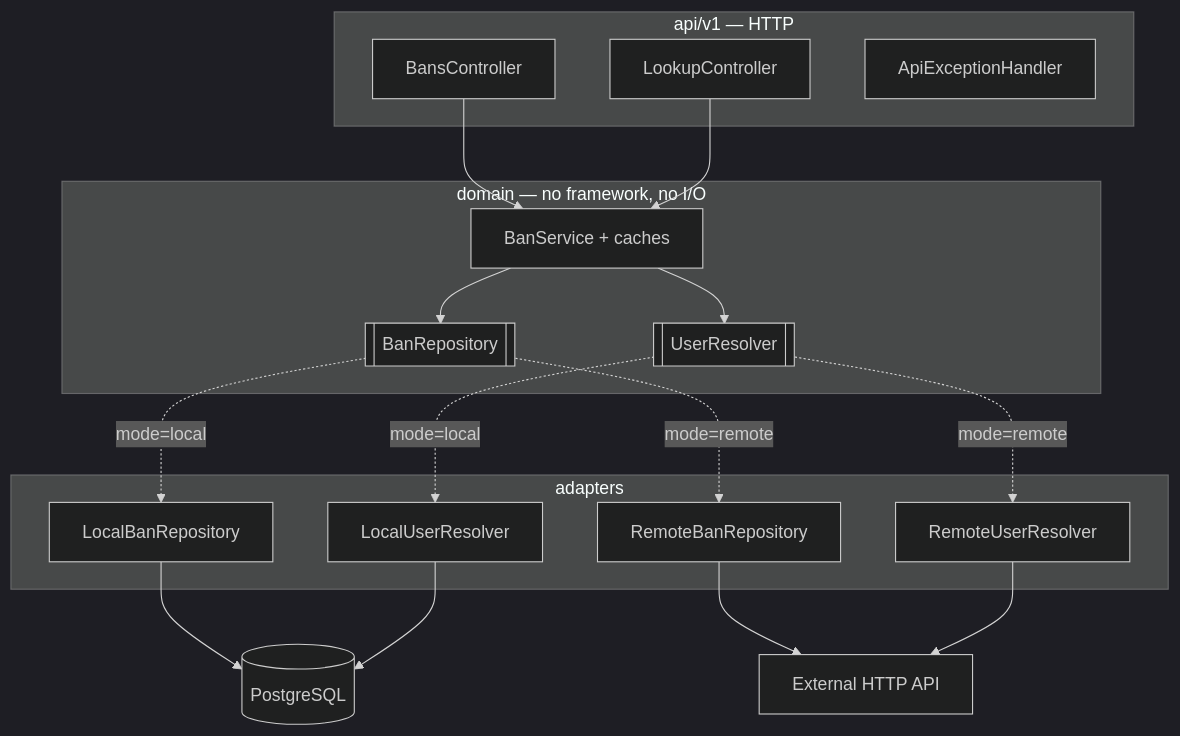
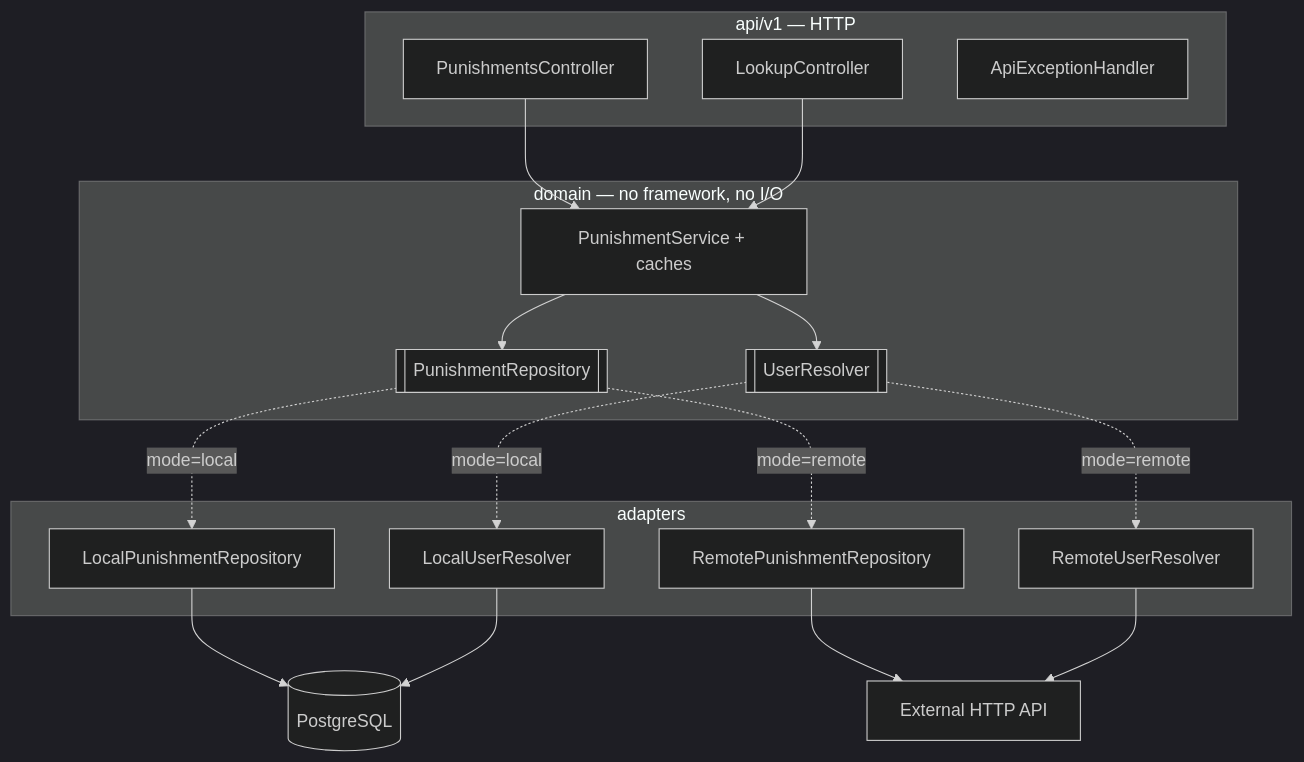
Before and after one commit to vanFEK/proxypunishments-service-example: the diagram in README.md, drawn with Mermaid (dark theme). The commit also changed other lines of this file and 44 other files, not shown here.

First line of the commit message:
feat: extend bans into punishments — mutes and warnings

````diff
--- a/README.md
+++ b/README.md
@@ -38,32 +39,32 @@
 ```mermaid
 flowchart TB
     subgraph api["api/v1 — HTTP"]
-        BC[BansController]
+        BC[PunishmentsController]
         LC[LookupController]
         EH[ApiExceptionHandler]
     end
     subgraph domain["domain — no framework, no I/O"]
-        SVC[BanService + caches]
-        PORT1[[BanRepository]]
+        SVC[PunishmentService + caches]
+        PORT1[[PunishmentRepository]]
         PORT2[[UserResolver]]
     end
     subgraph adapters["adapters"]
-        L1[LocalBanRepository]
+        L1[LocalPunishmentRepository]
         L2[LocalUserResolver]
-        R1[RemoteBanRepository]
+        R1[RemotePunishmentRepository]
         R2[RemoteUserResolver]
     end
 
     BC --> SVC
     LC --> SVC
     SVC --> PORT1
     SVC --> PORT2
     PORT1 -.->|mode=local| L1
     PORT2 -.->|mode=local| L2
     PORT1 -.->|mode=remote| R1
     PORT2 -.->|mode=remote| R2
     L1 --> PG[(PostgreSQL)]
     L2 --> PG
     R1 --> EXT[External HTTP API]
     R2 --> EXT
 ```
````
